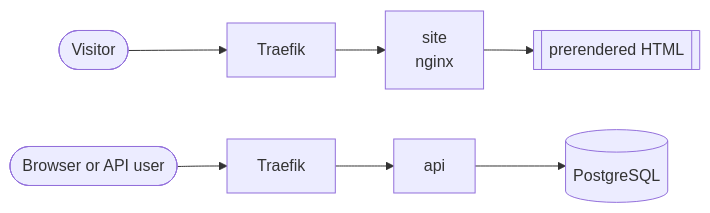
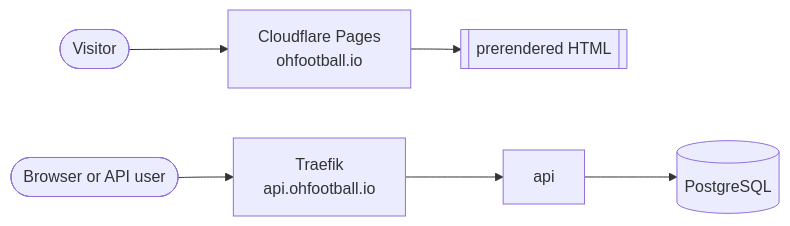
One commit to StephenODea54/ohfootball.io changed the fourth of 4 diagrams in docs/architecture.md. Above: the diagram before and after it, drawn with Mermaid. The commit also changed other lines of this file and 13 other files, not shown here.

````diff
--- a/docs/architecture.md
+++ b/docs/architecture.md
@@ -178,5 +201,5 @@
 ```mermaid
 flowchart LR
-    visitor(["Visitor"]) --> proxy["Traefik"] --> site["site<br/>nginx"] --> pages[["prerendered HTML"]]
-    caller(["Browser or API user"]) --> proxy2["Traefik"] --> api["api"] --> warehouse[("PostgreSQL")]
+    visitor(["Visitor"]) --> pages["Cloudflare Pages<br/>ohfootball.io"] --> files[["prerendered HTML"]]
+    caller(["Browser or API user"]) --> proxy["Traefik<br/>api.ohfootball.io"] --> api["api"] --> warehouse[("PostgreSQL")]
 ```
````
